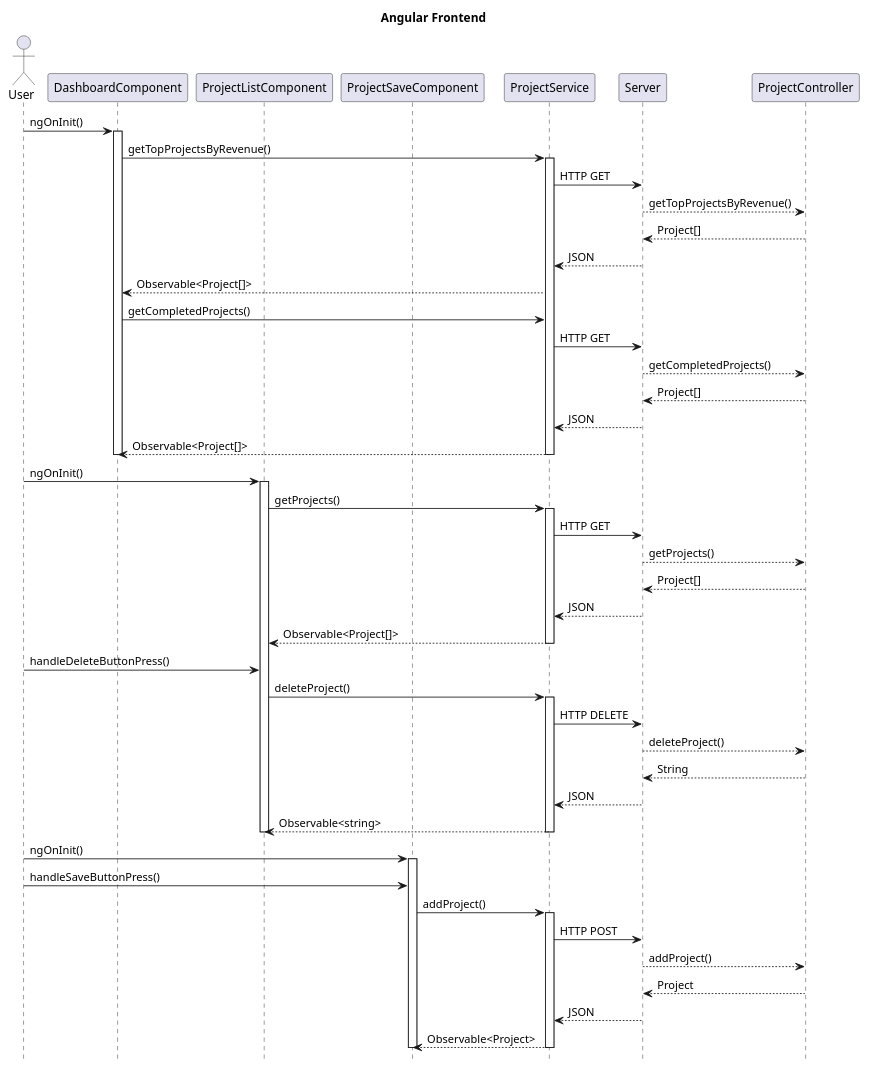
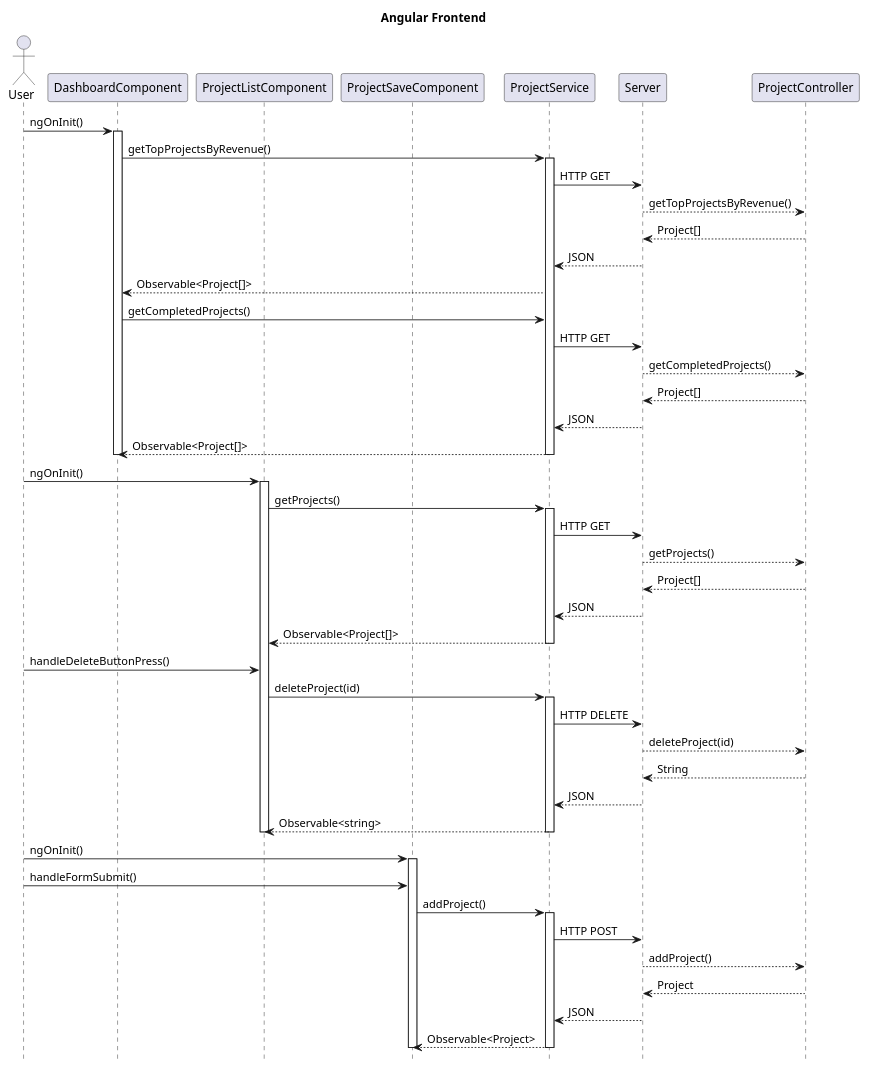
Before and after one commit to haturusinghe/project-dashboard-angular: the first of 3 diagrams in diagrams/angular-diagrams.md, drawn with PlantUML. The commit also changed other lines of this file and 1 other file, not shown here.

Commit message:
added diagrams for backend

````diff
--- a/diagrams/angular-diagrams.md
+++ b/diagrams/angular-diagrams.md
@@ -5,81 +5,81 @@
 ```plantuml
 
 @startuml
 title Angular Frontend
 hide footbox
 
 actor User
 participant DashboardComponent as DC
 
 participant ProjectListComponent as PLC
 
 participant ProjectSaveComponent as PSC
 
 participant ProjectService as PS
 participant Server as BE
 participant ProjectController as PC
 
 User -> DC: ngOnInit()
 activate DC
 DC -> PS: getTopProjectsByRevenue()
 activate PS
 PS -> BE: HTTP GET 
 BE --> PC: getTopProjectsByRevenue()
 PC --> BE: Project[]
 BE --> PS: JSON 
 PS --> DC: Observable<Project[]>
 
 
 DC -> PS: getCompletedProjects()
 PS -> BE: HTTP GET 
 BE --> PC: getCompletedProjects()
 PC --> BE: Project[]
 BE --> PS: JSON 
 PS --> DC: Observable<Project[]>
 deactivate PS
 deactivate DC
 
 
 User -> PLC: ngOnInit()
 activate PLC
 PLC -> PS: getProjects()
 activate PS
 PS -> BE: HTTP GET 
 BE --> PC: getProjects()
 PC --> BE: Project[]
 BE --> PS: JSON 
 PS --> PLC: Observable<Project[]>
 deactivate PS
 
 User -> PLC: handleDeleteButtonPress()
-PLC -> PS: deleteProject()
+PLC -> PS: deleteProject(id)
 activate PS
 PS -> BE: HTTP DELETE 
-BE --> PC: deleteProject()
+BE --> PC: deleteProject(id)
 PC --> BE: String
 BE --> PS: JSON 
 PS --> PLC: Observable<string>
 deactivate PS
 
 deactivate PLC
 
 User -> PSC: ngOnInit()
 activate PSC
-User -> PSC: handleSaveButtonPress()
+User -> PSC: handleFormSubmit()
 PSC -> PS: addProject()
 activate PS
 PS -> BE: HTTP POST 
 BE --> PC: addProject()
 PC --> BE: Project
 BE --> PS: JSON 
 PS --> PSC: Observable<Project>
 deactivate PS
 
 deactivate PSC
 
 
 
 
 @enduml
 
 ```
````
